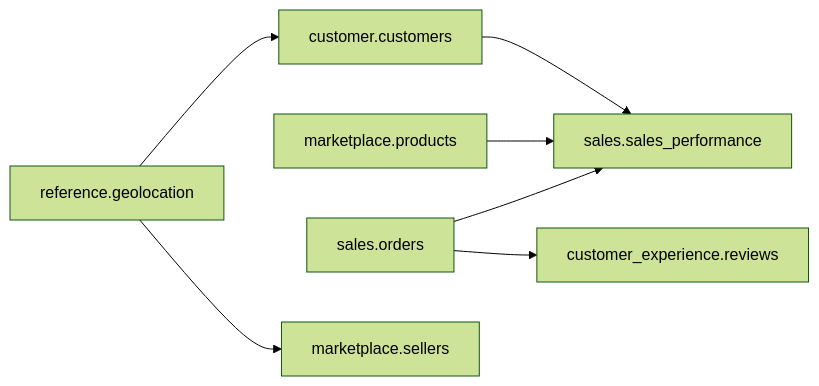
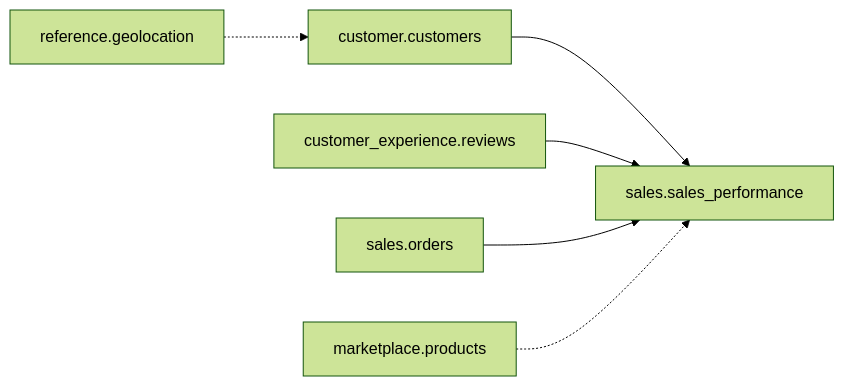
The diagram in docs/data-mesh.md (bonamim/data-governance-portfolio), drawn with Mermaid (forest theme) before and after one commit. The commit also changed other lines of this file and 26 other files, not shown here.

````diff
--- a/docs/data-mesh.md
+++ b/docs/data-mesh.md
@@ -37,9 +37,8 @@
 ```mermaid
 graph LR
     CUST["customer.customers"] --> PERF["sales.sales_performance"]
-    PROD["marketplace.products"] --> PERF
+    REV["customer_experience.reviews"] --> PERF
     ORD["sales.orders"] --> PERF
-    ORD --> REV["customer_experience.reviews"]
-    GEO["reference.geolocation"] --> CUST
-    GEO --> SELL["marketplace.sellers"]
+    PROD["marketplace.products"] -.-> PERF
+    GEO["reference.geolocation"] -.-> CUST
 ```
````
